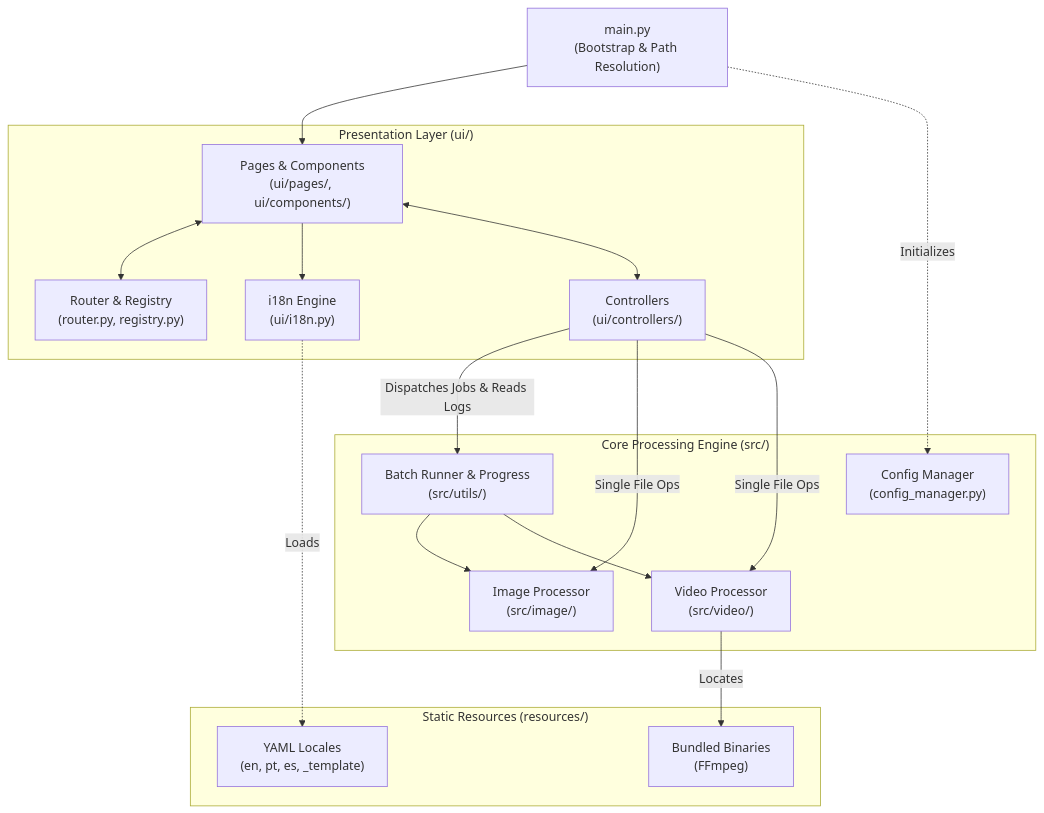
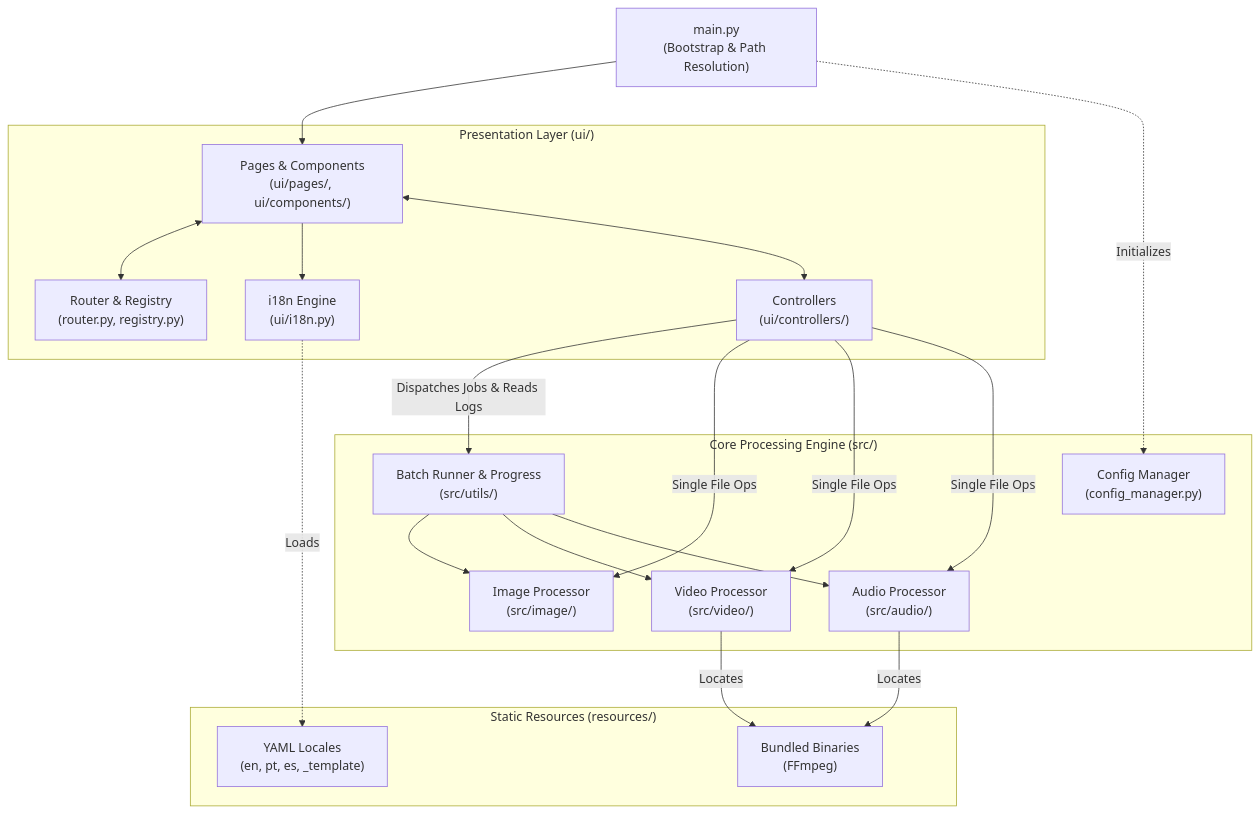
One commit to brunothinker/FallByte changed the diagram in docs/ARCHITECTURE.md. Above: the diagram before and after it, drawn with Mermaid. The commit also changed other lines of this file, not shown here.

Commit message:
docs(architecture): update architecture document with audio processing module and decoupled layers

````diff
--- a/docs/ARCHITECTURE.md
+++ b/docs/ARCHITECTURE.md
@@ -9,37 +11,41 @@
 ```mermaid
 flowchart TD
     Entry["main.py<br/>(Bootstrap & Path Resolution)"] --> UI
-
+    
     subgraph Presentation ["Presentation Layer (ui/)"]
         UI["Pages & Components<br/>(ui/pages/, ui/components/)"]
         Router["Router & Registry<br/>(router.py, registry.py)"]
         I18n["i18n Engine<br/>(ui/i18n.py)"]
         Ctrl["Controllers<br/>(ui/controllers/)"]
-
+        
         UI <--> Router
         UI --> I18n
         UI <--> Ctrl
     end
-
+    
     subgraph Resources ["Static Resources (resources/)"]
         Locales["YAML Locales<br/>(en, pt, es, _template)"]
         Binaries["Bundled Binaries<br/>(FFmpeg)"]
     end
-
+    
     subgraph Engine ["Core Processing Engine (src/)"]
         Batch["Batch Runner & Progress<br/>(src/utils/)"]
         Img["Image Processor<br/>(src/image/)"]
         Vid["Video Processor<br/>(src/video/)"]
+        Aud["Audio Processor<br/>(src/audio/)"]
         Config["Config Manager<br/>(config_manager.py)"]
-
+        
         Batch --> Img
         Batch --> Vid
+        Batch --> Aud
     end
-
+    
     I18n -.->|Loads| Locales
     Ctrl -->|Dispatches Jobs & Reads Logs| Batch
     Ctrl -->|Single File Ops| Img
     Ctrl -->|Single File Ops| Vid
+    Ctrl -->|Single File Ops| Aud
     Vid -->|Locates| Binaries
+    Aud -->|Locates| Binaries
     Entry -.->|Initializes| Config
 ```
````
